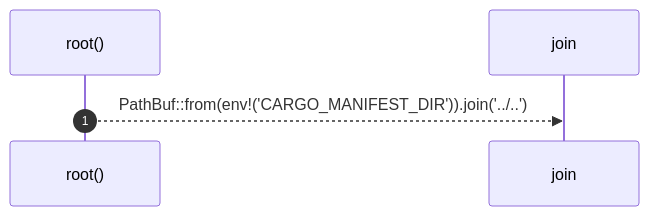
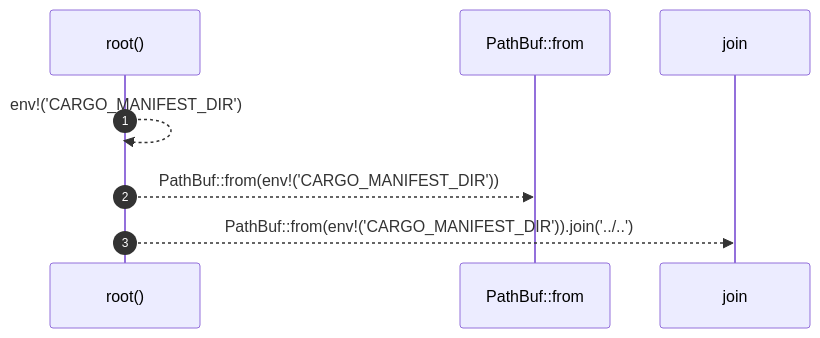
One commit to RyanGuild/self-describing-code changed the diagram in docs/self-model/robby_extract/test_extract/root.md. Above: the diagram before and after it, drawn with Mermaid. The commit also changed other lines of this file and 1404 other files, not shown here.

````diff
--- a/docs/self-model/robby_extract/test_extract/root.md
+++ b/docs/self-model/robby_extract/test_extract/root.md
@@ -18,7 +18,10 @@
 ```mermaid
 sequenceDiagram
     autonumber
     participant root as root()
+    participant PathBuf__from as PathBuf::from
     participant join as join
+    root-->>root: env!('CARGO_MANIFEST_DIR')
+    root-->>PathBuf__from: PathBuf::from(env!('CARGO_MANIFEST_DIR'))
     root-->>join: PathBuf::from(env!('CARGO_MANIFEST_DIR')).join('../..')
 ```
````
